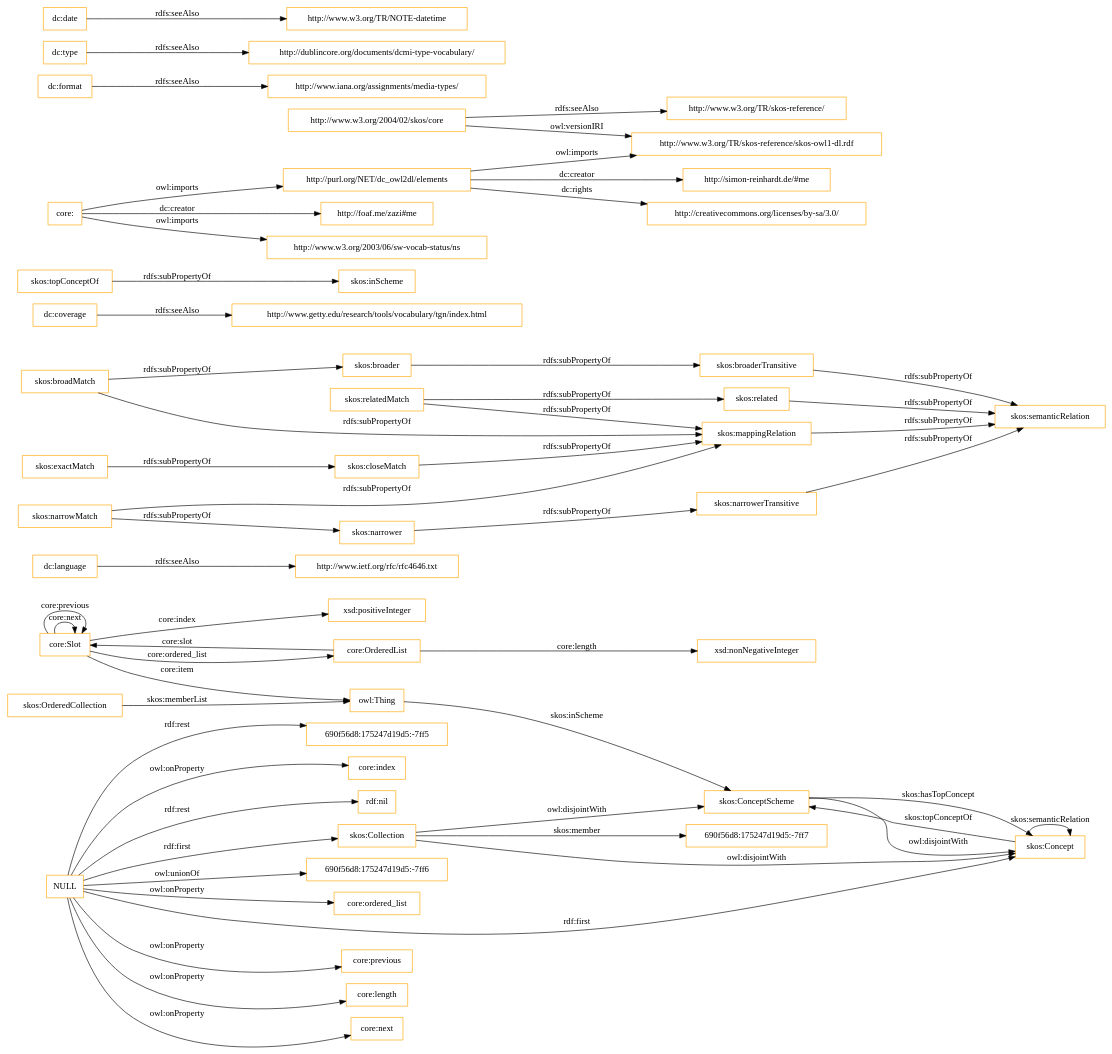
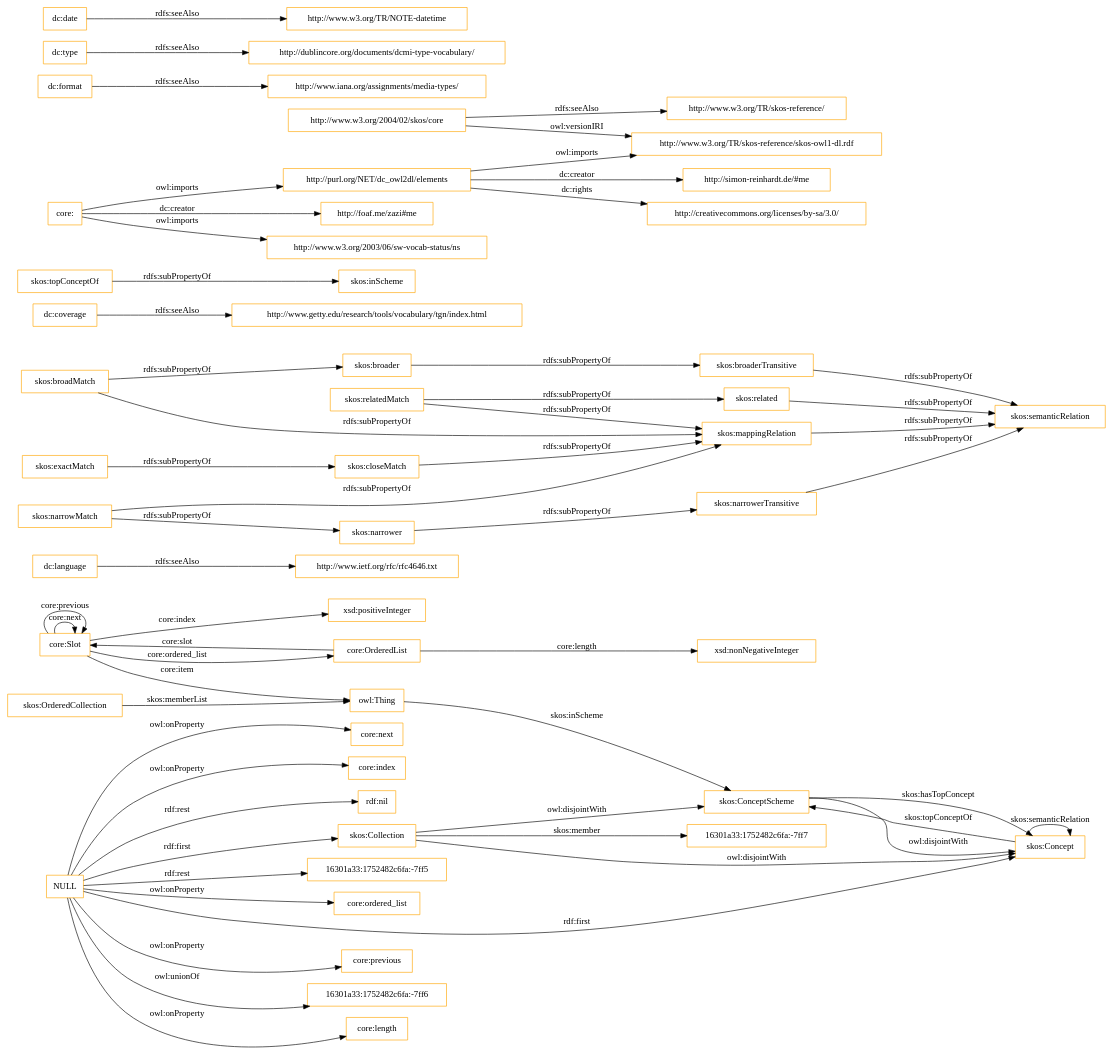
One commit to OnToologyUser/core-ontology-1 changed the diagram in OnToology/imports/core.owl/diagrams/ar2dtool-class/core.owl.png.dot. Above: the diagram before and after it, drawn with Graphviz. The commit also changed 14 other files, not shown here.

```diff
--- a/OnToology/imports/core.owl/diagrams/ar2dtool-class/core.owl.png.dot
+++ b/OnToology/imports/core.owl/diagrams/ar2dtool-class/core.owl.png.dot
@@ -1,60 +1,60 @@
 digraph ar2dtool_diagram { 
 rankdir=LR;
 size="1501"
-node [shape = rectangle, color="orange"]; "core:Slot" "core:OrderedList" "690f56d8:175247d19d5:-7ff7" "skos:OrderedCollection" "skos:Collection" "skos:ConceptScheme" "skos:Concept" ; /*classes style*/
+node [shape = rectangle, color="orange"]; "core:Slot" "core:OrderedList" "16301a33:1752482c6fa:-7ff7" "skos:OrderedCollection" "skos:Collection" "skos:ConceptScheme" "skos:Concept" ; /*classes style*/
 	"dc:language" -> "http://www.ietf.org/rfc/rfc4646.txt" [ label = "rdfs:seeAlso" ];
 	"NULL" -> "core:previous" [ label = "owl:onProperty" ];
+	"NULL" -> "16301a33:1752482c6fa:-7ff6" [ label = "owl:unionOf" ];
 	"NULL" -> "core:length" [ label = "owl:onProperty" ];
 	"NULL" -> "skos:Concept" [ label = "rdf:first" ];
 	"NULL" -> "core:next" [ label = "owl:onProperty" ];
-	"NULL" -> "690f56d8:175247d19d5:-7ff5" [ label = "rdf:rest" ];
 	"NULL" -> "core:index" [ label = "owl:onProperty" ];
 	"NULL" -> "rdf:nil" [ label = "rdf:rest" ];
-	"NULL" -> "690f56d8:175247d19d5:-7ff6" [ label = "owl:unionOf" ];
+	"NULL" -> "16301a33:1752482c6fa:-7ff5" [ label = "rdf:rest" ];
 	"NULL" -> "core:ordered_list" [ label = "owl:onProperty" ];
 	"NULL" -> "skos:Collection" [ label = "rdf:first" ];
 	"skos:closeMatch" -> "skos:mappingRelation" [ label = "rdfs:subPropertyOf" ];
 	"dc:coverage" -> "http://www.getty.edu/research/tools/vocabulary/tgn/index.html" [ label = "rdfs:seeAlso" ];
 	"skos:relatedMatch" -> "skos:related" [ label = "rdfs:subPropertyOf" ];
 	"skos:relatedMatch" -> "skos:mappingRelation" [ label = "rdfs:subPropertyOf" ];
 	"skos:ConceptScheme" -> "skos:Concept" [ label = "owl:disjointWith" ];
 	"skos:related" -> "skos:semanticRelation" [ label = "rdfs:subPropertyOf" ];
 	"skos:topConceptOf" -> "skos:inScheme" [ label = "rdfs:subPropertyOf" ];
 	"skos:broadMatch" -> "skos:broader" [ label = "rdfs:subPropertyOf" ];
 	"skos:broadMatch" -> "skos:mappingRelation" [ label = "rdfs:subPropertyOf" ];
 	"http://purl.org/NET/dc_owl2dl/elements" -> "http://www.w3.org/TR/skos-reference/skos-owl1-dl.rdf" [ label = "owl:imports" ];
 	"http://purl.org/NET/dc_owl2dl/elements" -> "http://creativecommons.org/licenses/by-sa/3.0/" [ label = "dc:rights" ];
 	"http://purl.org/NET/dc_owl2dl/elements" -> "http://simon-reinhardt.de/#me" [ label = "dc:creator" ];
 	"skos:exactMatch" -> "skos:closeMatch" [ label = "rdfs:subPropertyOf" ];
 	"dc:format" -> "http://www.iana.org/assignments/media-types/" [ label = "rdfs:seeAlso" ];
 	"core:" -> "http://foaf.me/zazi#me" [ label = "dc:creator" ];
 	"core:" -> "http://www.w3.org/2003/06/sw-vocab-status/ns" [ label = "owl:imports" ];
 	"core:" -> "http://purl.org/NET/dc_owl2dl/elements" [ label = "owl:imports" ];
 	"skos:broaderTransitive" -> "skos:semanticRelation" [ label = "rdfs:subPropertyOf" ];
 	"skos:mappingRelation" -> "skos:semanticRelation" [ label = "rdfs:subPropertyOf" ];
 	"skos:broader" -> "skos:broaderTransitive" [ label = "rdfs:subPropertyOf" ];
 	"dc:type" -> "http://dublincore.org/documents/dcmi-type-vocabulary/" [ label = "rdfs:seeAlso" ];
 	"http://www.w3.org/2004/02/skos/core" -> "http://www.w3.org/TR/skos-reference/skos-owl1-dl.rdf" [ label = "owl:versionIRI" ];
 	"http://www.w3.org/2004/02/skos/core" -> "http://www.w3.org/TR/skos-reference/" [ label = "rdfs:seeAlso" ];
 	"skos:Collection" -> "skos:ConceptScheme" [ label = "owl:disjointWith" ];
 	"skos:Collection" -> "skos:Concept" [ label = "owl:disjointWith" ];
 	"skos:narrowMatch" -> "skos:narrower" [ label = "rdfs:subPropertyOf" ];
 	"skos:narrowMatch" -> "skos:mappingRelation" [ label = "rdfs:subPropertyOf" ];
 	"skos:narrower" -> "skos:narrowerTransitive" [ label = "rdfs:subPropertyOf" ];
 	"dc:date" -> "http://www.w3.org/TR/NOTE-datetime" [ label = "rdfs:seeAlso" ];
 	"skos:narrowerTransitive" -> "skos:semanticRelation" [ label = "rdfs:subPropertyOf" ];
 	"core:Slot" -> "xsd:positiveInteger" [ label = "core:index" ];
 	"skos:Concept" -> "skos:ConceptScheme" [ label = "skos:topConceptOf" ];
 	"core:Slot" -> "owl:Thing" [ label = "core:item" ];
 	"core:OrderedList" -> "xsd:nonNegativeInteger" [ label = "core:length" ];
 	"core:OrderedList" -> "core:Slot" [ label = "core:slot" ];
-	"skos:Collection" -> "690f56d8:175247d19d5:-7ff7" [ label = "skos:member" ];
+	"skos:Collection" -> "16301a33:1752482c6fa:-7ff7" [ label = "skos:member" ];
 	"core:Slot" -> "core:Slot" [ label = "core:next" ];
 	"skos:ConceptScheme" -> "skos:Concept" [ label = "skos:hasTopConcept" ];
 	"owl:Thing" -> "skos:ConceptScheme" [ label = "skos:inScheme" ];
 	"core:Slot" -> "core:Slot" [ label = "core:previous" ];
 	"skos:OrderedCollection" -> "owl:Thing" [ label = "skos:memberList" ];
 	"skos:Concept" -> "skos:Concept" [ label = "skos:semanticRelation" ];
 	"core:Slot" -> "core:OrderedList" [ label = "core:ordered_list" ];
 
 }
```
